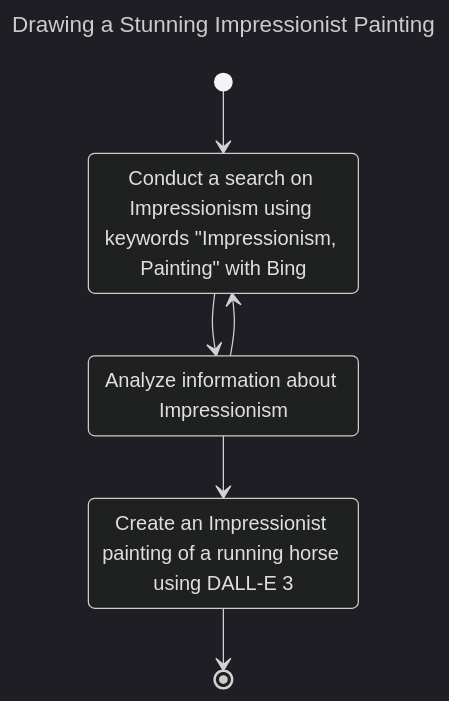
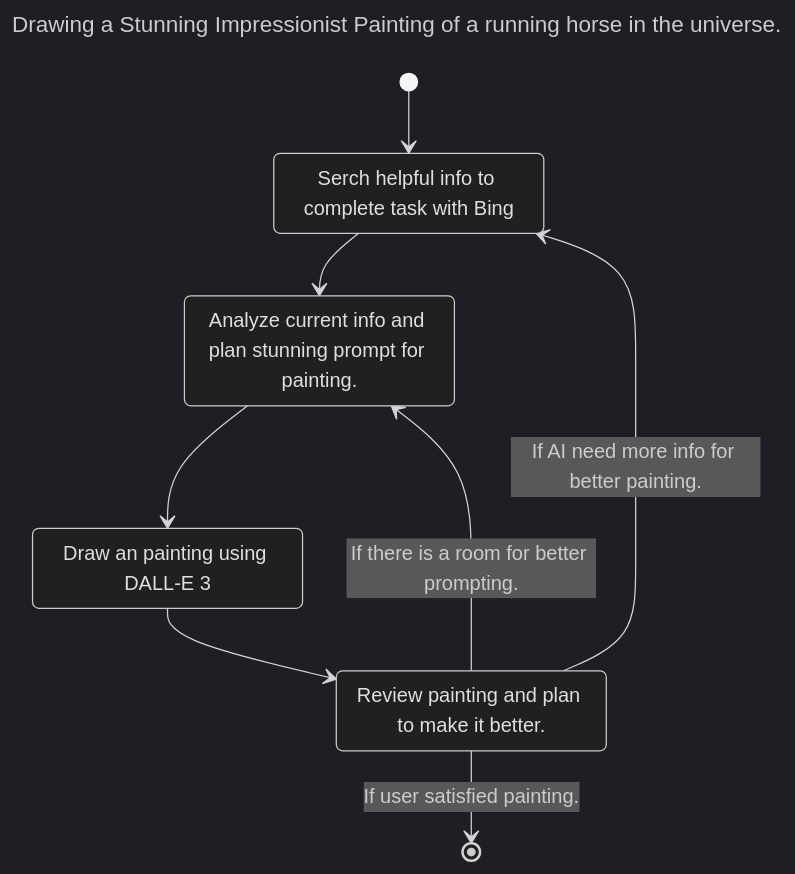
Before and after one commit to fladdict/llmermaid: the second of 2 diagrams in README.md, drawn with Mermaid (dark theme). The commit also changed other lines of this file, not shown here.

````diff
--- a/README.md
+++ b/README.md
@@ -85,15 +85,18 @@
 ```mermaid
 ---
-title: Drawing a Stunning Impressionist Painting
+title: Drawing a Stunning Impressionist Painting of a running horse in the universe.
 ---
 stateDiagram-v2
 [*] --> A
 A --> B
 B --> C
-B --> A
-C --> [*]
+C --> D
+D --> A: If AI need more info for better painting.
+D --> B: If there is a room for better prompting.
+D --> [*]: If user satisfied painting.
 
-A: Conduct a search on Impressionism using keywords "Impressionism, Painting" with Bing
-B: Analyze information about Impressionism
-C: Create an Impressionist painting of a running horse using DALL-E 3
+A: Serch helpful info to complete task with Bing
+B: Analyze current info and plan stunning prompt for painting.
+C: Draw an painting using DALL-E 3
+D: Review painting and plan to make it better.
 ```
````
